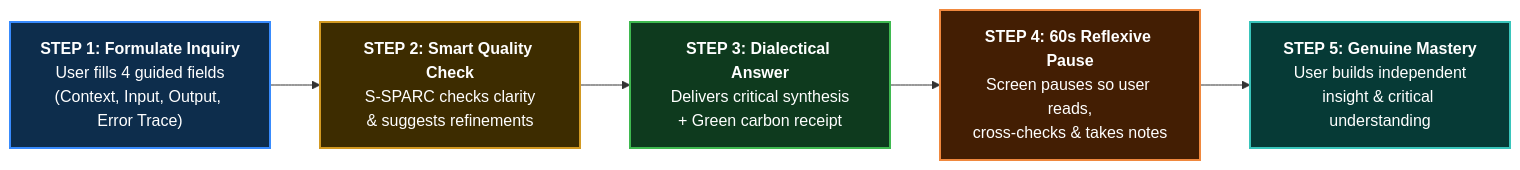
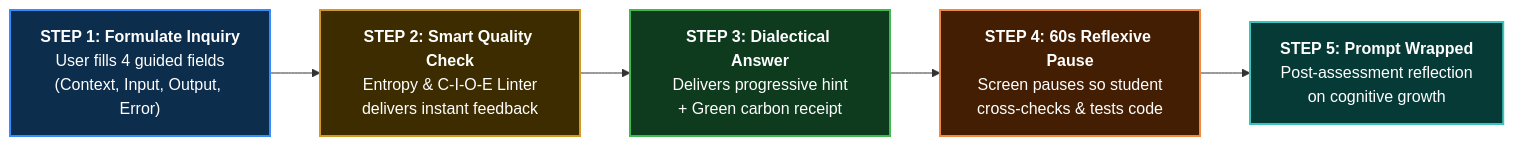
Before and after one commit to 06202003/s-sparc: the first of 6 diagrams in docs/S_SPARC_COMPREHENSIVE_WHITEPAPER.md, drawn with Mermaid. The commit also changed other lines of this file and 4 other files, not shown here.

Commit message:
docs: comprehensive academic whitepaper update with Prompt Wrapped, Shannon Entropy, and AI Critic telemetry

````diff
--- a/docs/S_SPARC_COMPREHENSIVE_WHITEPAPER.md
+++ b/docs/S_SPARC_COMPREHENSIVE_WHITEPAPER.md
@@ -86,16 +88,16 @@
 ```mermaid
 flowchart LR
     classDef step1 fill:#0d2d4c,stroke:#388bfd,stroke-width:2px,color:#ffffff;
     classDef step2 fill:#3d2c00,stroke:#d29922,stroke-width:2px,color:#ffffff;
     classDef step3 fill:#0e3a1e,stroke:#3fb950,stroke-width:2px,color:#ffffff;
     classDef step4 fill:#431e03,stroke:#f0883e,stroke-width:2px,color:#ffffff;
     classDef step5 fill:#063a36,stroke:#39c5bb,stroke-width:2px,color:#ffffff;
 
-    S1["<b>STEP 1: Formulate Inquiry</b><br/>User fills 4 guided fields<br/>(Context, Input, Output, Error Trace)"]:::step1
-    S2["<b>STEP 2: Smart Quality Check</b><br/>S-SPARC checks clarity<br/>& suggests refinements"]:::step2
-    S3["<b>STEP 3: Dialectical Answer</b><br/>Delivers critical synthesis<br/>+ Green carbon receipt"]:::step3
-    S4["<b>STEP 4: 60s Reflexive Pause</b><br/>Screen pauses so user reads,<br/>cross-checks & takes notes"]:::step4
-    S5["<b>STEP 5: Genuine Mastery</b><br/>User builds independent<br/>insight & critical understanding"]:::step5
+    S1["<b>STEP 1: Formulate Inquiry</b><br/>User fills 4 guided fields<br/>(Context, Input, Output, Error)"]:::step1
+    S2["<b>STEP 2: Smart Quality Check</b><br/>Entropy & C-I-O-E Linter<br/>delivers instant feedback"]:::step2
+    S3["<b>STEP 3: Dialectical Answer</b><br/>Delivers progressive hint<br/>+ Green carbon receipt"]:::step3
+    S4["<b>STEP 4: 60s Reflexive Pause</b><br/>Screen pauses so student<br/>cross-checks & tests code"]:::step4
+    S5["<b>STEP 5: Prompt Wrapped</b><br/>Post-assessment reflection<br/>on cognitive growth"]:::step5
 
     S1 --> S2 --> S3 --> S4 --> S5
 ```
````
